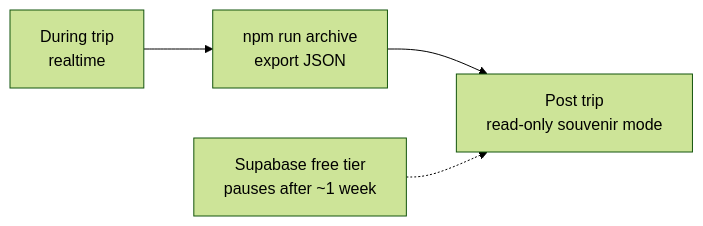
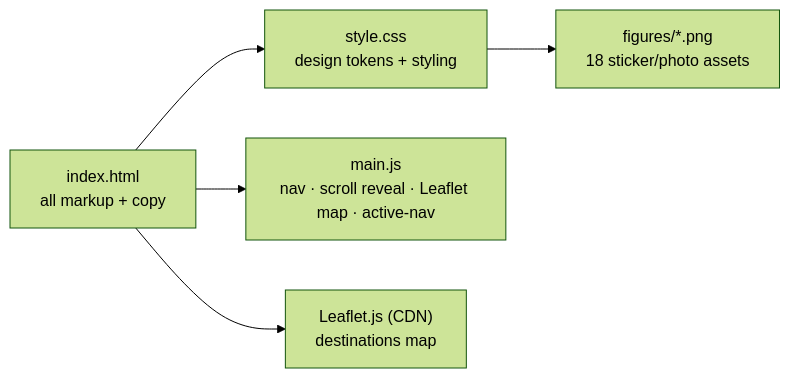
One commit to Verzol/gogo changed the diagram in dalat-2026/ARCHITECTURE.md. Above: the diagram before and after it, drawn with Mermaid (forest theme). The commit also changed other lines of this file and 39 other files, not shown here.

````diff
--- a/dalat-2026/ARCHITECTURE.md
+++ b/dalat-2026/ARCHITECTURE.md
@@ -82,6 +7,7 @@
 ```mermaid
 flowchart LR
-    A["During trip<br/>realtime"] --> B["npm run archive<br/>export JSON"]
-    B --> C["Post trip<br/>read-only souvenir mode"]
-    D["Supabase free tier<br/>pauses after ~1 week"] -.-> C
+    A["index.html<br/>all markup + copy"] --> B["style.css<br/>design tokens + styling"]
+    A --> C["main.js<br/>nav · scroll reveal · Leaflet map · active-nav"]
+    A --> D["Leaflet.js (CDN)<br/>destinations map"]
+    B --> E["figures/*.png<br/>18 sticker/photo assets"]
 ```
````
